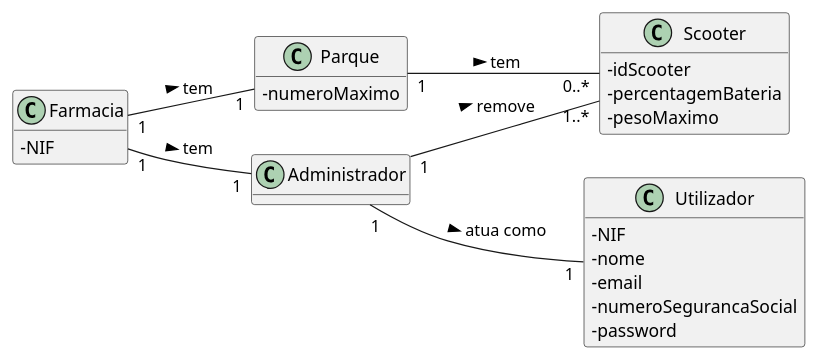
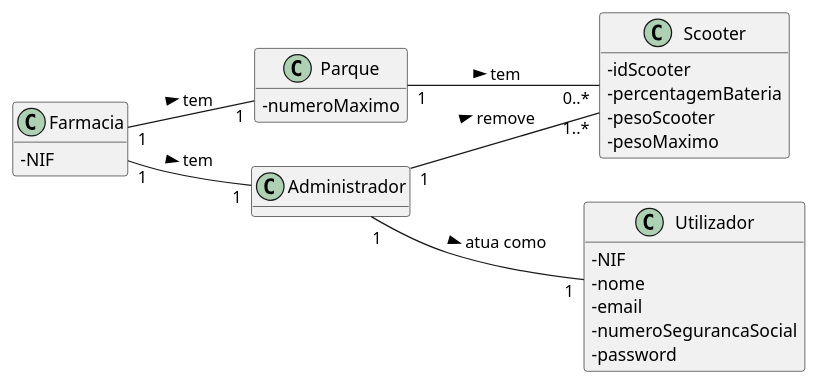
Before and after one commit to pedrolemos4/LAPR3: the diagram in docs/UC12/UC12_RemoverScooter_MD.puml, drawn with PlantUML. The commit also changed 1 other file, not shown here.

Commit message:
LAP3AP4-48 #close Remover Scooter [Design] Correção

```diff
--- a/docs/UC12/UC12_RemoverScooter_MD.puml
+++ b/docs/UC12/UC12_RemoverScooter_MD.puml
@@ -1,34 +1,35 @@
 @startuml
 skinparam classAttributeIconSize 0
 hide methods
 left to right direction
 
 class Parque {
   -numeroMaximo
 }
 
 class Farmacia {
   -NIF
 }
 
 class Utilizador {
   -NIF
   -nome
   -email
   -numeroSegurancaSocial
   -password
 }
 
 class Scooter {
   -idScooter
   -percentagemBateria
+  -pesoScooter
   -pesoMaximo
 }
 
 Administrador "1" -- "1" Utilizador: atua como >
 Administrador "1" -- "1..*" Scooter: remove >
 Farmacia "1" -- "1" Parque: tem >
 Farmacia "1" -- "1" Administrador: tem >
 Parque "1" -- "0..*" Scooter: tem > 
 
 @enduml
```
